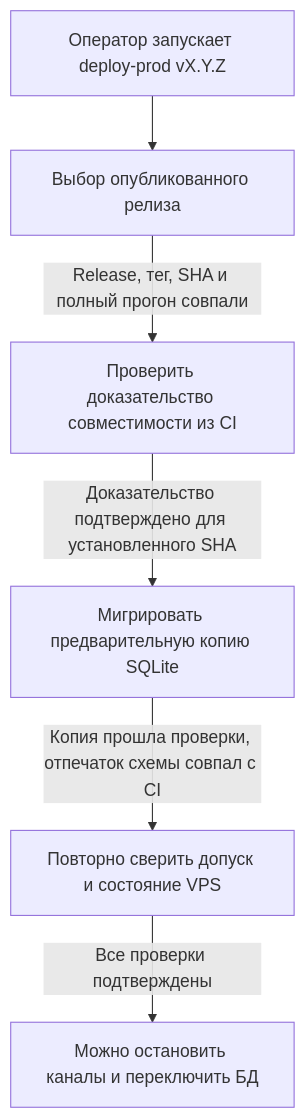
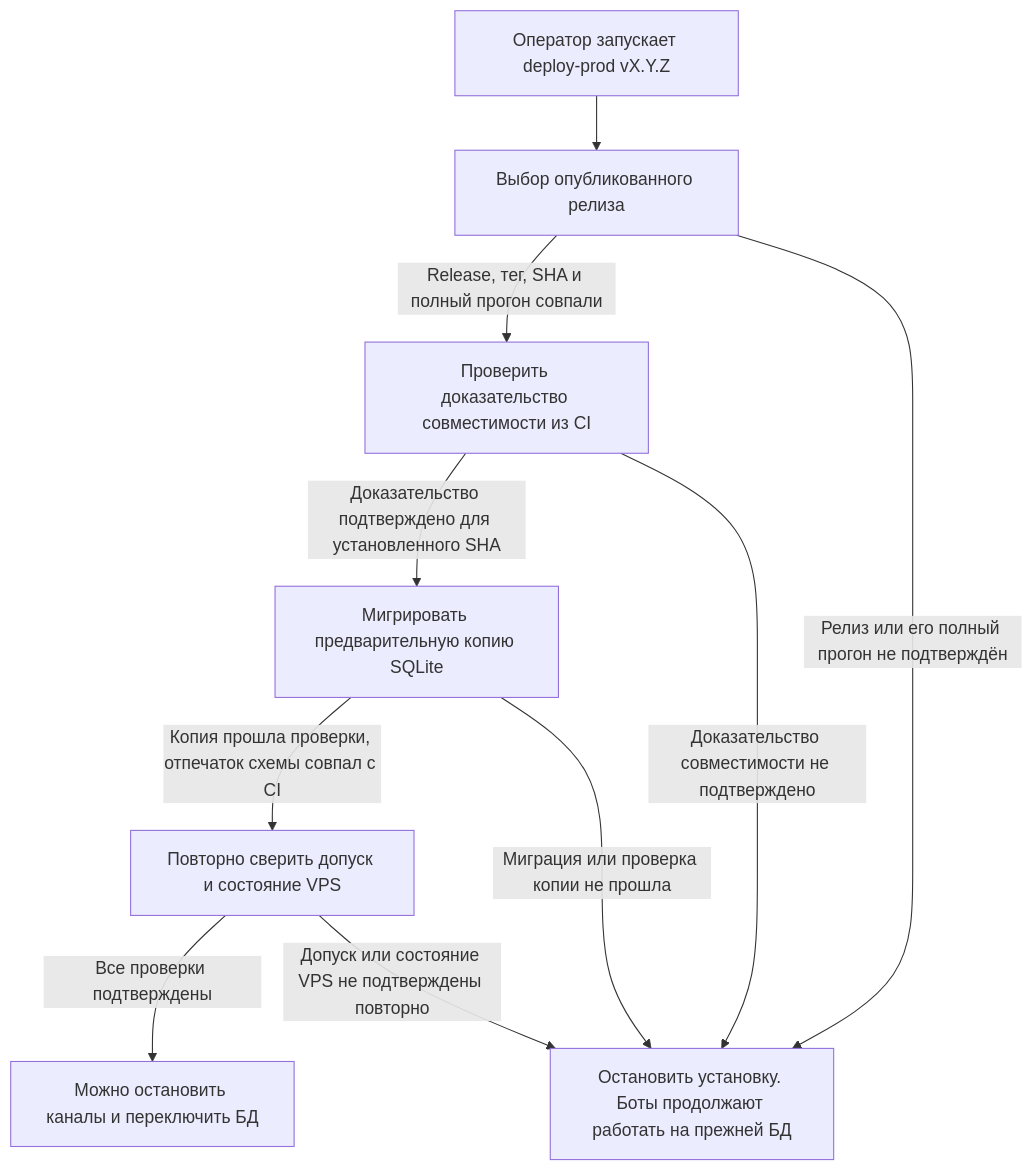
One commit to karateka-git/compadre-assistant changed the third of 4 diagrams in docs/release-ci-admission/CI_AND_DEPLOY.md. Above: the diagram before and after it, drawn with Mermaid.

Commit message:
Показать отказы допуска на VPS в схеме

````diff
--- a/docs/release-ci-admission/CI_AND_DEPLOY.md
+++ b/docs/release-ci-admission/CI_AND_DEPLOY.md
@@ -134,8 +134,12 @@
 ```mermaid
 flowchart TD
     COMMAND["Оператор запускает deploy-prod vX.Y.Z"] --> SELECT["Выбор опубликованного релиза"]
     SELECT -->|Release, тег, SHA и полный прогон совпали| V["Проверить доказательство совместимости из CI"]
     V -->|Доказательство подтверждено для установленного SHA| COPY["Мигрировать предварительную копию SQLite"]
     COPY -->|Копия прошла проверки, отпечаток схемы совпал с CI| RECHECK["Повторно сверить допуск и состояние VPS"]
     RECHECK -->|Все проверки подтверждены| READY["Можно остановить каналы и переключить БД"]
+    SELECT -->|Релиз или его полный прогон не подтверждён| BLOCKED["Остановить установку. Боты продолжают работать на прежней БД"]
+    V -->|Доказательство совместимости не подтверждено| BLOCKED
+    COPY -->|Миграция или проверка копии не прошла| BLOCKED
+    RECHECK -->|Допуск или состояние VPS не подтверждены повторно| BLOCKED
 ```
````
